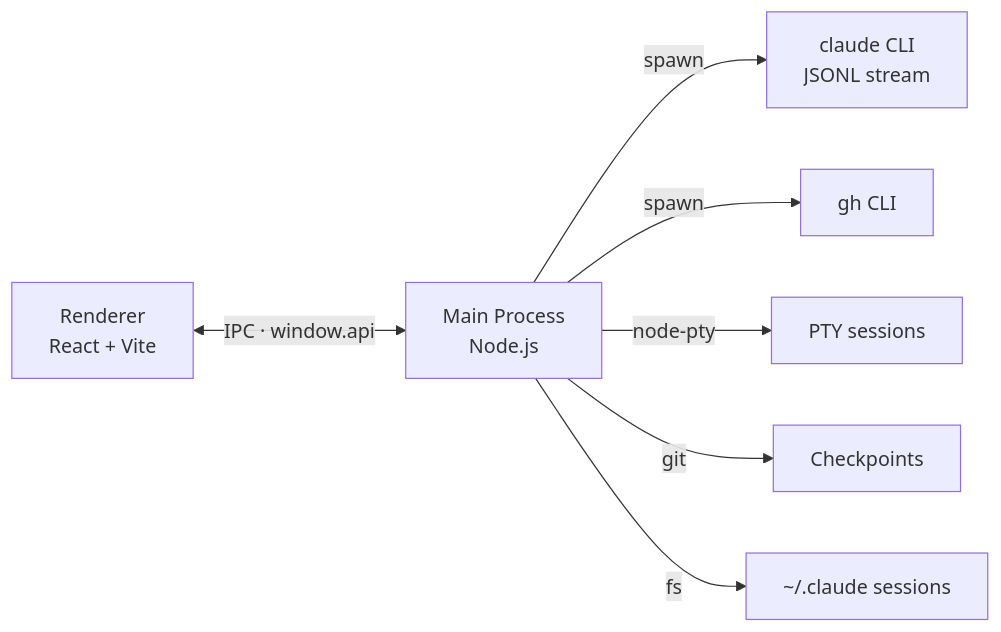
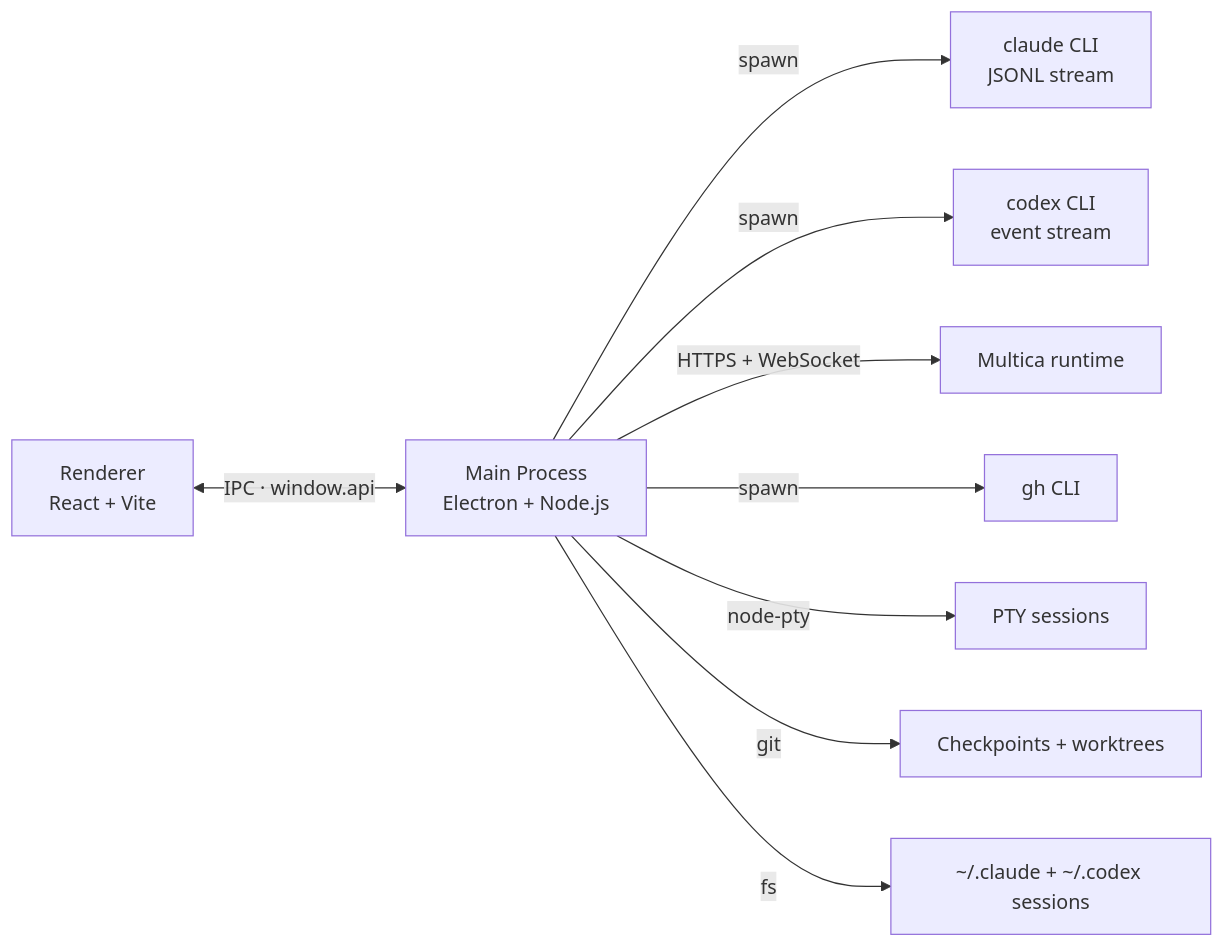
One commit to EnSue-Laboratories/RAYLINE changed the diagram in README.md. Above: the diagram before and after it, drawn with Mermaid. The commit also changed other lines of this file and 1 other file, not shown here.

````diff
--- a/README.md
+++ b/README.md
@@ -88,9 +96,11 @@
 ```mermaid
 flowchart LR
-  R["Renderer<br/>React + Vite"] <-- "IPC · window.api" --> M["Main Process<br/>Node.js"]
+  R["Renderer<br/>React + Vite"] <-- "IPC · window.api" --> M["Main Process<br/>Electron + Node.js"]
   M -- "spawn" --> C["claude CLI<br/>JSONL stream"]
+  M -- "spawn" --> X["codex CLI<br/>event stream"]
+  M -- "HTTPS + WebSocket" --> U["Multica runtime"]
   M -- "spawn" --> G["gh CLI"]
   M -- "node-pty" --> T["PTY sessions"]
-  M -- "git" --> K["Checkpoints"]
-  M -- "fs" --> S["~/.claude sessions"]
+  M -- "git" --> K["Checkpoints + worktrees"]
+  M -- "fs" --> S["~/.claude + ~/.codex sessions"]
 ```
````
